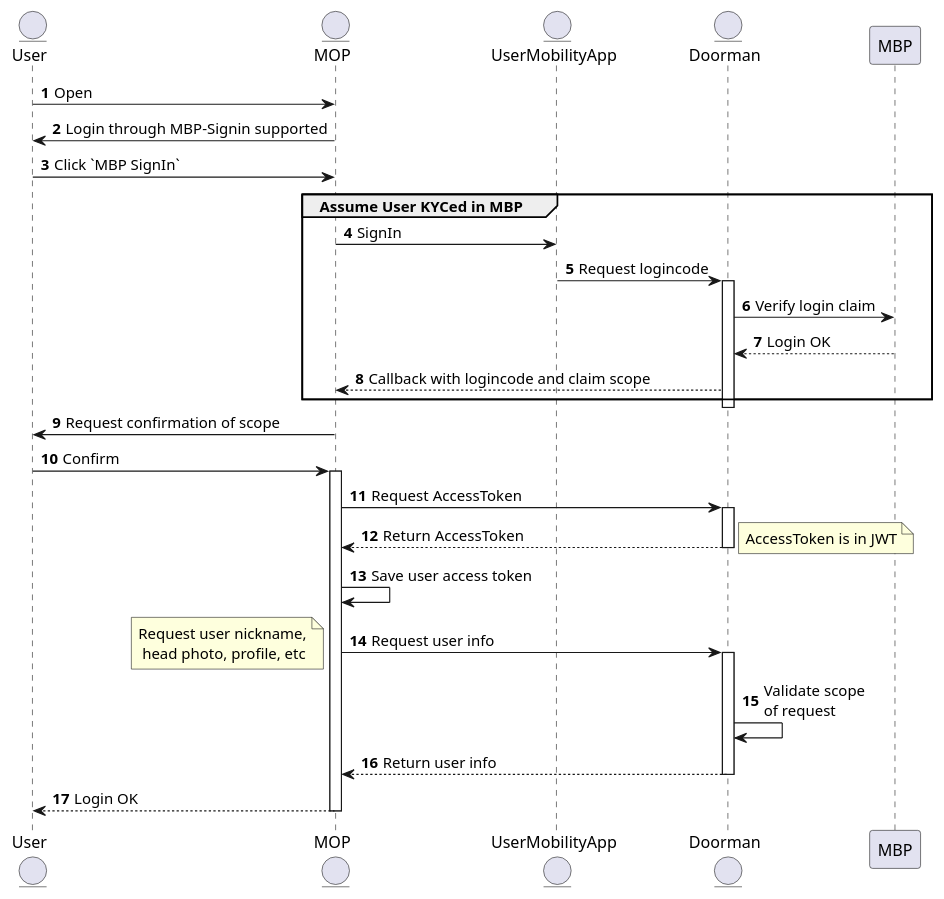
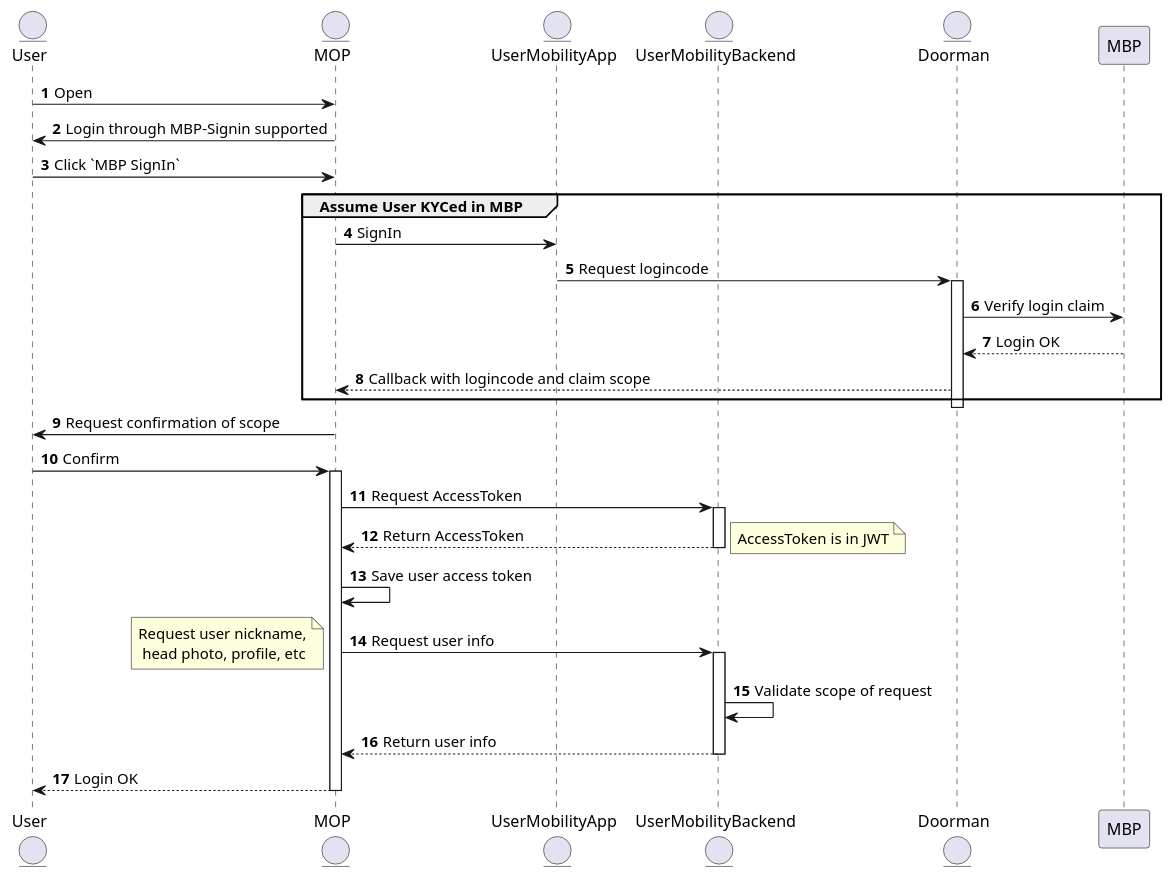
Before and after one commit to Honglei-Cong/documents: the third of 3 diagrams in projects/daimler/MBP-login.md, drawn with PlantUML. The commit also changed 2 other files, not shown here.

Commit message:
update mbp diagrams

````diff
--- a/projects/daimler/MBP-login.md
+++ b/projects/daimler/MBP-login.md
@@ -95,37 +95,38 @@
 ```plantuml
 autonumber
 entity User
 entity MOP
 entity UserMobilityApp
+entity UserMobilityBackend
 entity Doorman
 
 User->MOP: Open
 MOP->User: Login through MBP-Signin supported
 User->MOP: Click `MBP SignIn`
 group Assume User KYCed in MBP
     MOP->UserMobilityApp: SignIn
     UserMobilityApp->Doorman: Request logincode
     activate Doorman
     Doorman->MBP: Verify login claim
     MBP-->Doorman: Login OK
     Doorman-->MOP: Callback with logincode and claim scope
 end
 deactivate Doorman
 MOP->User: Request confirmation of scope
 User->MOP: Confirm
 activate MOP
-MOP->Doorman: Request AccessToken
-activate Doorman
-Doorman-->MOP: Return AccessToken
+MOP->UserMobilityBackend: Request AccessToken
+activate UserMobilityBackend
+UserMobilityBackend-->MOP: Return AccessToken
 note right: AccessToken is in JWT
-deactivate Doorman
+deactivate UserMobilityBackend
 MOP->MOP: Save user access token
-MOP->Doorman: Request user info
+MOP->UserMobilityBackend: Request user info
 note left: Request user nickname,\n head photo, profile, etc
-activate Doorman
-Doorman->Doorman: Validate scope \nof request
-Doorman-->MOP: Return user info
-deactivate Doorman
+activate UserMobilityBackend
+UserMobilityBackend->UserMobilityBackend: Validate scope of request
+UserMobilityBackend-->MOP: Return user info
+deactivate UserMobilityBackend
 MOP-->User: Login OK
 deactivate MOP
 ```
````
